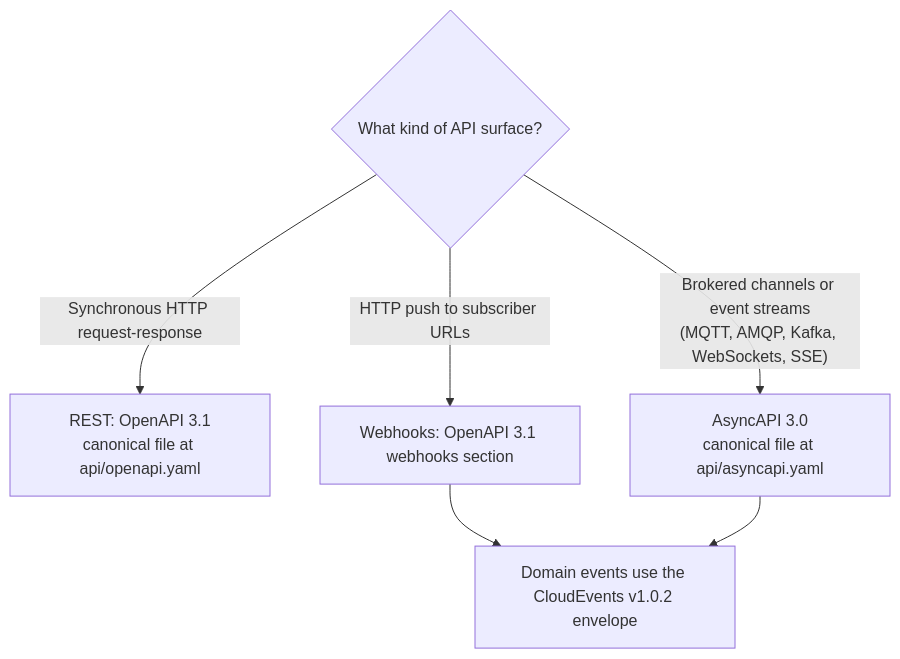
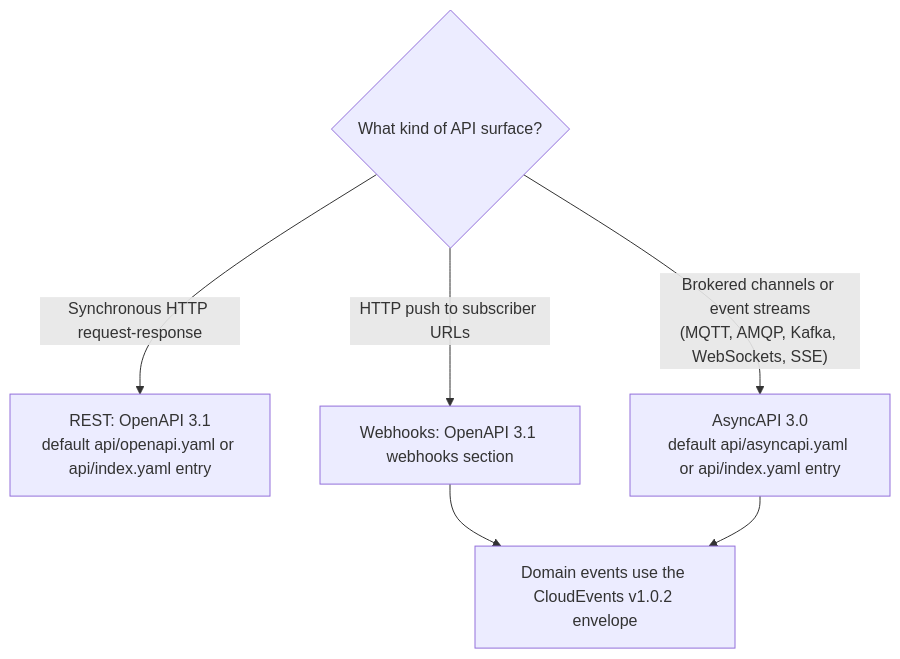
Before and after one commit to jeremi/bb-template: the first of 2 diagrams in api-design-guide/1-introduction.md, drawn with Mermaid. The commit also changed other lines of this file and 27 other files, not shown here.

````diff
--- a/api-design-guide/1-introduction.md
+++ b/api-design-guide/1-introduction.md
@@ -29,8 +30,8 @@
 ```mermaid
 flowchart TD
-    Q{"What kind of API surface?"} -->|"Synchronous HTTP request-response"| R["REST: OpenAPI 3.1<br/>canonical file at api/openapi.yaml"]
+    Q{"What kind of API surface?"} -->|"Synchronous HTTP request-response"| R["REST: OpenAPI 3.1<br/>default api/openapi.yaml or api/index.yaml entry"]
     Q -->|"HTTP push to subscriber URLs"| W["Webhooks: OpenAPI 3.1 webhooks section"]
-    Q -->|"Brokered channels or event streams<br/>(MQTT, AMQP, Kafka, WebSockets, SSE)"| A["AsyncAPI 3.0<br/>canonical file at api/asyncapi.yaml"]
+    Q -->|"Brokered channels or event streams<br/>(MQTT, AMQP, Kafka, WebSockets, SSE)"| A["AsyncAPI 3.0<br/>default api/asyncapi.yaml or api/index.yaml entry"]
     W --> CE["Domain events use the CloudEvents v1.0.2 envelope"]
     A --> CE
 ```
````
